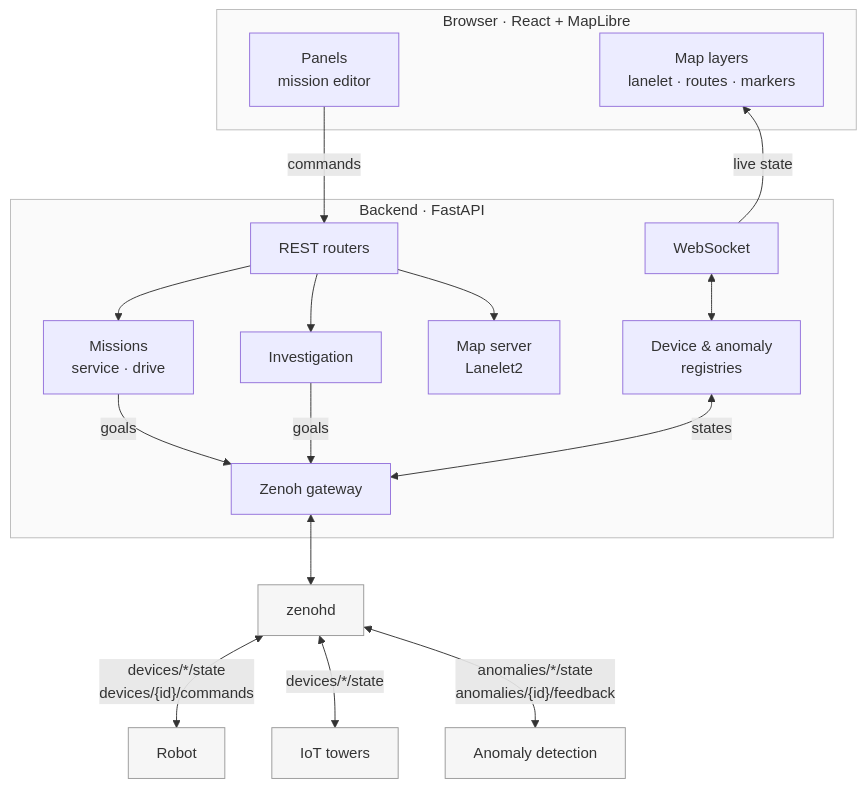
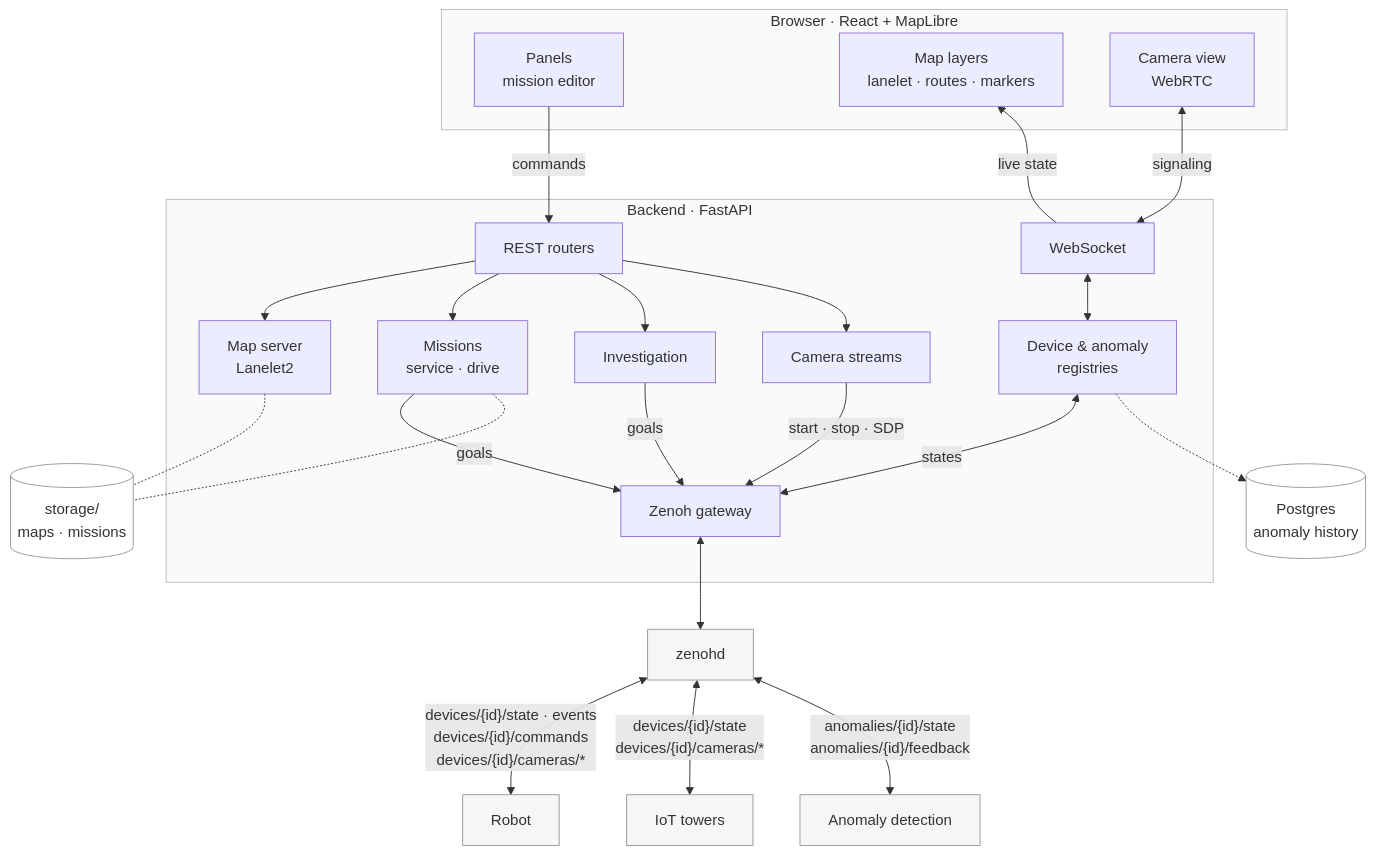
Before and after one commit to patrol-knight/mission-manager: the first of 3 diagrams in README.md, drawn with Mermaid. The commit also changed other lines of this file, not shown here.

Commit message:
docs: update mission manager architecture

````diff
--- a/README.md
+++ b/README.md
@@ -37,39 +37,50 @@
 ```mermaid
 flowchart TB
     subgraph Browser["Browser · React + MapLibre"]
         UI["Panels<br/>mission editor"]
         Map["Map layers<br/>lanelet · routes · markers"]
+        Video["Camera view<br/>WebRTC"]
     end
 
     subgraph Backend["Backend · FastAPI"]
         REST["REST routers"]
         WS["WebSocket"]
+        MapS["Map server<br/>Lanelet2"]
         MS["Missions<br/>service · drive"]
         Inv["Investigation"]
-        MapS["Map server<br/>Lanelet2"]
+        Cam["Camera streams"]
         Reg["Device & anomaly<br/>registries"]
         GW["Zenoh gateway"]
     end
 
+    Files[("storage/<br/>maps · missions")]
+    DB[("Postgres<br/>anomaly history")]
     Z["zenohd"]
     Robot["Robot"]
     Tower["IoT towers"]
     AD["Anomaly detection"]
 
     UI -- commands --> REST
     Map ~~~ WS
     WS -- live state --> Map
-    REST --> MS & Inv & MapS
+    Video <-- signaling --> WS
+    REST --> MapS & MS & Inv & Cam
     WS <--> Reg
     MS & Inv -- goals --> GW
+    Cam -- "start · stop · SDP" --> GW
     Reg <-- states --> GW
+    MapS -.- Files
+    MS -.- Files
+    Reg -.-> DB
     GW <--> Z
-    Z <-- "devices/*/state<br/>devices/{id}/commands" --> Robot
-    Z <-- "devices/*/state" --> Tower
-    Z <-- "anomalies/*/state<br/>anomalies/{id}/feedback" --> AD
+    Z <-- "devices/{id}/state · events<br/>devices/{id}/commands<br/>devices/{id}/cameras/*" --> Robot
+    Z <-- "devices/{id}/state<br/>devices/{id}/cameras/*" --> Tower
+    Z <-- "anomalies/{id}/state<br/>anomalies/{id}/feedback" --> AD
 
     classDef ext fill:#f6f6f6,stroke:#999,color:#333
+    classDef store fill:#fff,stroke:#999,color:#333
     class Robot,Tower,AD,Z ext
+    class Files,DB store
     style Browser fill:#fafafa,stroke:#bbb
     style Backend fill:#fafafa,stroke:#bbb
 ```
````
